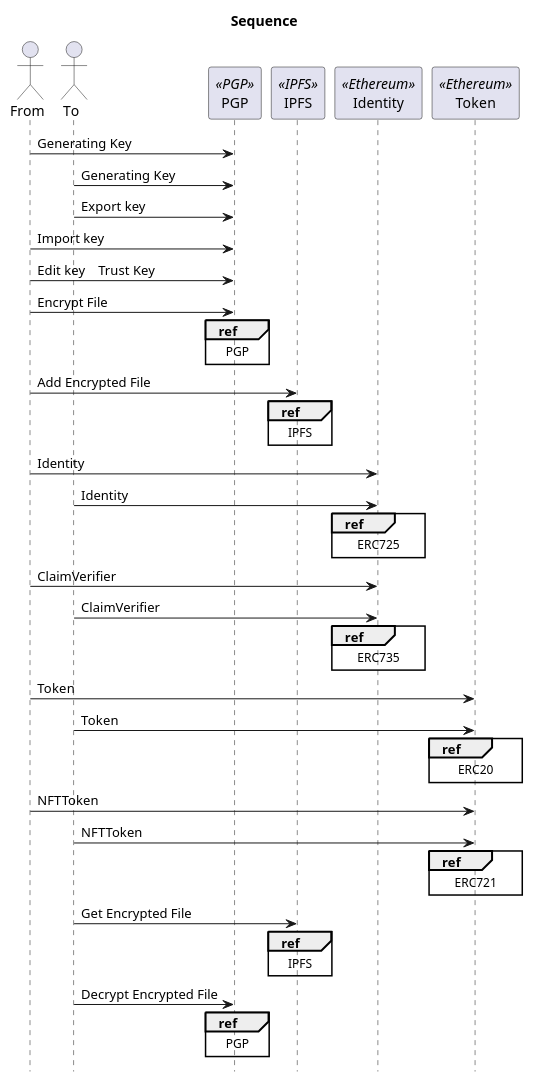
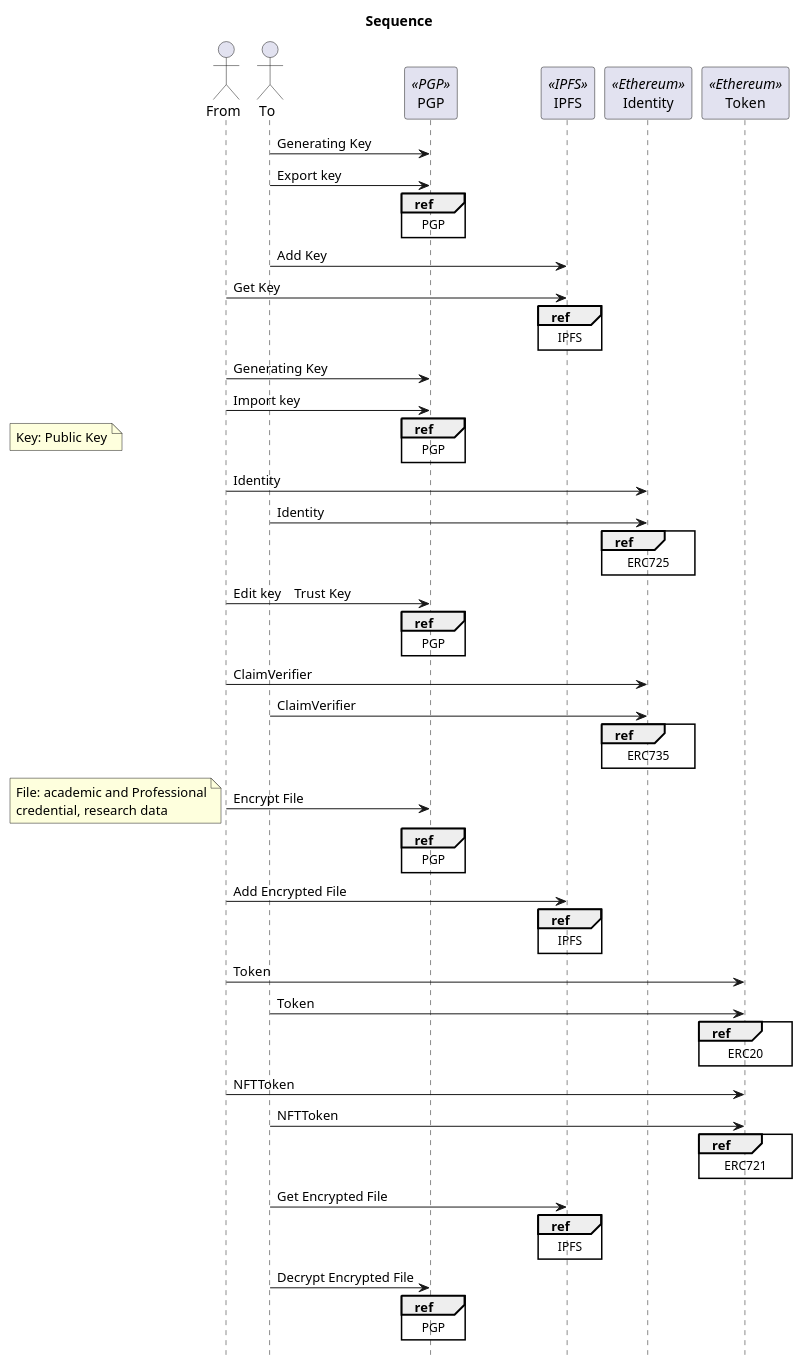
One commit to 0xywzx/truffle_tutorial changed the diagram in docs/sequence.puml. Above: the diagram before and after it, drawn with PlantUML. The commit also changed 1 other file, not shown here.

```diff
--- a/docs/sequence.puml
+++ b/docs/sequence.puml
@@ -2,37 +2,53 @@
 @startuml{sequence.png}
 title Sequence
 hide footbox
 
 actor  "From" as From
 actor  "To" as To
 participant "PGP" as PGP <<PGP>>
 participant "IPFS" as IPFS <<IPFS>>
 participant "Identity" as Identity <<Ethereum>>
 participant "Token" as Token <<Ethereum>>
 
-From -> PGP : Generating Key
 To  -> PGP : Generating Key
 To  -> PGP : Export key
+ref over PGP : PGP
+To -> IPFS : Add Key
+From -> IPFS : Get Key
+ref over IPFS : IPFS
+From -> PGP : Generating Key
 From -> PGP : Import key
+ref over PGP : PGP
+note left
+Key: Public Key
+end note
+
+From -> Identity : Identity
+To -> Identity : Identity
+ref over Identity : ERC725
+
 From -> PGP : Edit key　Trust Key
+ref over PGP : PGP
+From -> Identity : ClaimVerifier
+To -> Identity : ClaimVerifier
+ref over Identity : ERC735
+
 From -> PGP : Encrypt File
+note left
+File: academic and Professional
+credential, research data
+end note
 ref over PGP : PGP
 From -> IPFS : Add Encrypted File
 ref over IPFS : IPFS
-From -> Identity : Identity
-To -> Identity : Identity
-ref over Identity : ERC725
-From -> Identity : ClaimVerifier
-To -> Identity : ClaimVerifier
-ref over Identity : ERC735
 From -> Token : Token
 To -> Token : Token
 ref over Token : ERC20
 From -> Token : NFTToken
 To -> Token : NFTToken
 ref over Token : ERC721
 To -> IPFS : Get Encrypted File
 ref over IPFS : IPFS
 To -> PGP : Decrypt Encrypted File
 ref over PGP : PGP
 @enduml
```
